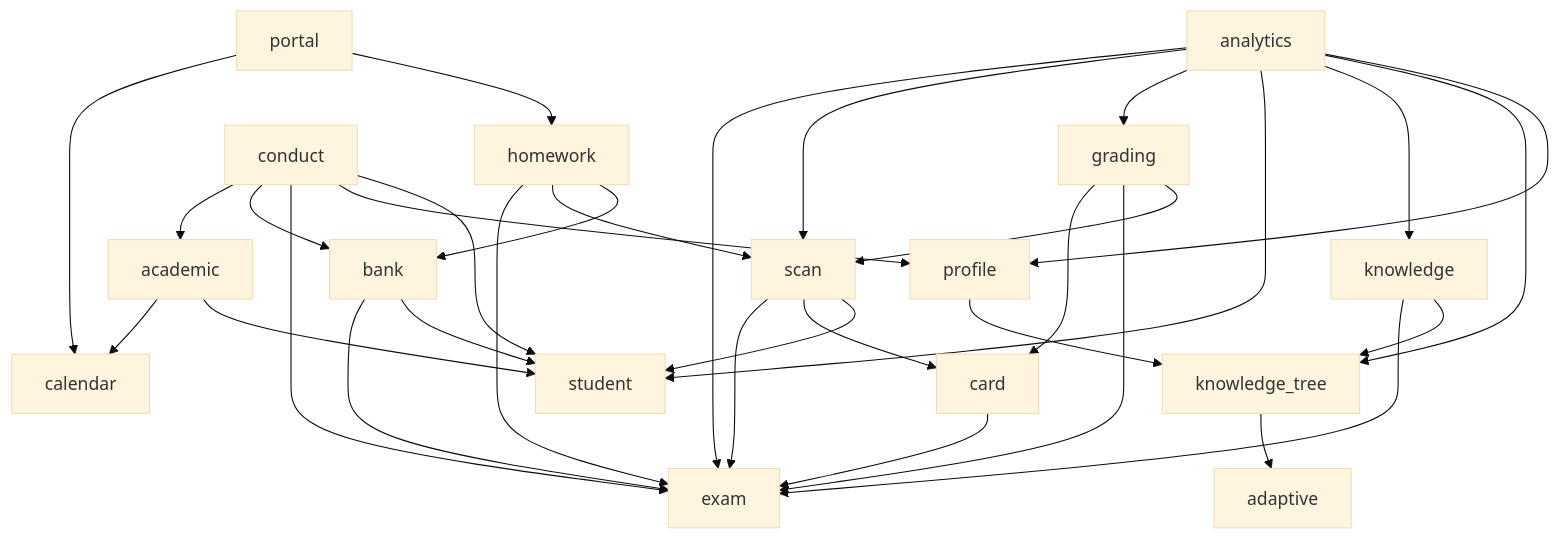
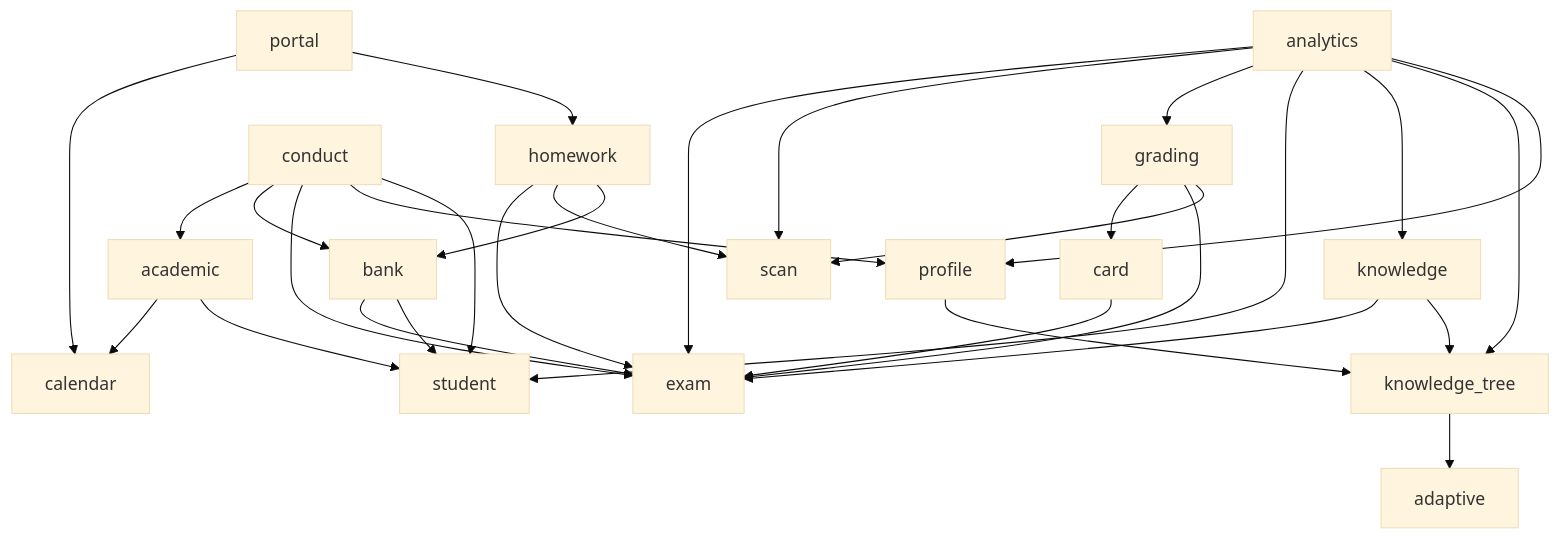
The diagram in docs/governance/dependency-graph.md (juanwan99/edu-cloud), drawn with Mermaid (base theme) before and after one commit. The commit also changed 9 other files, not shown here.

````diff
--- a/docs/governance/dependency-graph.md
+++ b/docs/governance/dependency-graph.md
@@ -5,35 +5,32 @@
 ```mermaid
 flowchart TD
   academic --> calendar
   academic --> student
   analytics --> exam
   analytics --> scan
   analytics --> grading
   analytics --> student
   analytics --> knowledge
   analytics --> knowledge_tree
   analytics --> profile
   bank --> exam
   bank --> student
   card --> exam
   conduct --> academic
   conduct --> bank
   conduct --> exam
   conduct --> profile
   conduct --> student
   grading --> card
   grading --> exam
   grading --> scan
   homework --> exam
   homework --> scan
   homework --> bank
   knowledge --> exam
   knowledge --> knowledge_tree
   knowledge_tree --> adaptive
   portal --> calendar
   portal --> homework
   profile --> knowledge_tree
-  scan --> exam
-  scan --> card
-  scan --> student
 ```
````
